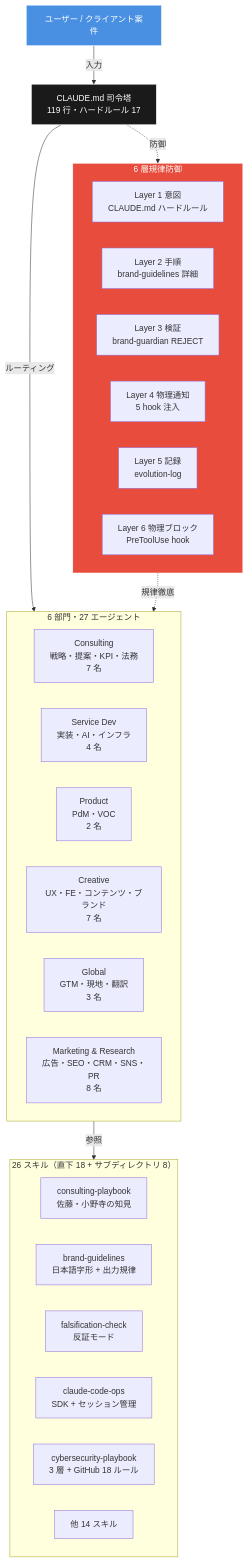
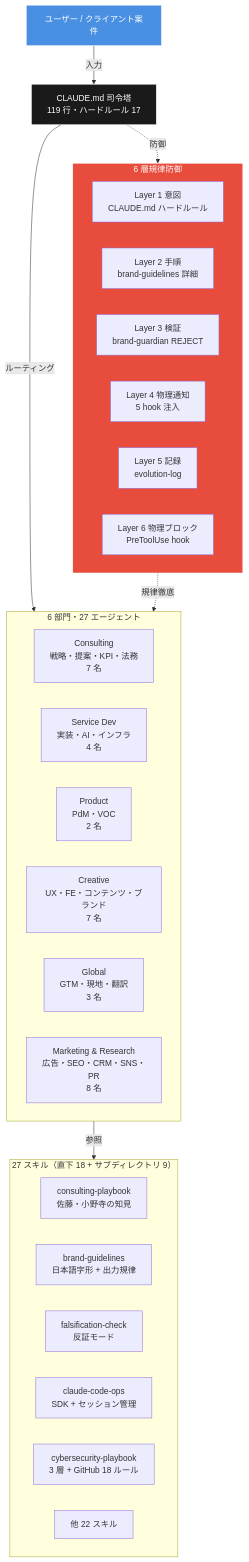
One commit to nbyk115/consulting-os changed the first of 4 diagrams in README.md. Above: the diagram before and after it, drawn with Mermaid. The commit also changed other lines of this file and 2 other files, not shown here.

````diff
--- a/README.md
+++ b/README.md
@@ -7,42 +7,42 @@
 ```mermaid
 graph TB
     User[ユーザー / クライアント案件]
     CLAUDE[CLAUDE.md 司令塔<br/>119 行・ハードルール 17]
 
     subgraph Departments["6 部門・27 エージェント"]
         Consulting[Consulting<br/>戦略・提案・KPI・法務<br/>7 名]
         ServiceDev[Service Dev<br/>実装・AI・インフラ<br/>4 名]
         Product[Product<br/>PdM・VOC<br/>2 名]
         Creative[Creative<br/>UX・FE・コンテンツ・ブランド<br/>7 名]
         Global[Global<br/>GTM・現地・翻訳<br/>3 名]
         Marketing[Marketing & Research<br/>広告・SEO・CRM・SNS・PR<br/>8 名]
     end
 
-    subgraph Skills["26 スキル（直下 18 + サブディレクトリ 8）"]
+    subgraph Skills["27 スキル（直下 18 + サブディレクトリ 9）"]
         ConsultingPlaybook[consulting-playbook<br/>佐藤・小野寺の知見]
         BrandGuidelines[brand-guidelines<br/>日本語字形 + 出力規律]
         Falsification[falsification-check<br/>反証モード]
         ClaudeCodeOps[claude-code-ops<br/>SDK + セッション管理]
         Cybersecurity[cybersecurity-playbook<br/>3 層 + GitHub 18 ルール]
-        OtherSkills[他 14 スキル]
+        OtherSkills[他 22 スキル]
     end
 
     subgraph Defense["6 層規律防御"]
         L1[Layer 1 意図<br/>CLAUDE.md ハードルール]
         L2[Layer 2 手順<br/>brand-guidelines 詳細]
         L3[Layer 3 検証<br/>brand-guardian REJECT]
         L4[Layer 4 物理通知<br/>5 hook 注入]
         L5[Layer 5 記録<br/>evolution-log]
         L6[Layer 6 物理ブロック<br/>PreToolUse hook]
     end
 
     User -->|入力| CLAUDE
     CLAUDE -->|ルーティング| Departments
     Departments -->|参照| Skills
     CLAUDE -.防御.-> Defense
     Defense -.規律徹底.-> Departments
 
     style CLAUDE fill:#1a1a1a,stroke:#fff,color:#fff
     style User fill:#4a90e2,stroke:#fff,color:#fff
     style Defense fill:#e74c3c,stroke:#fff,color:#fff
 ```
````
